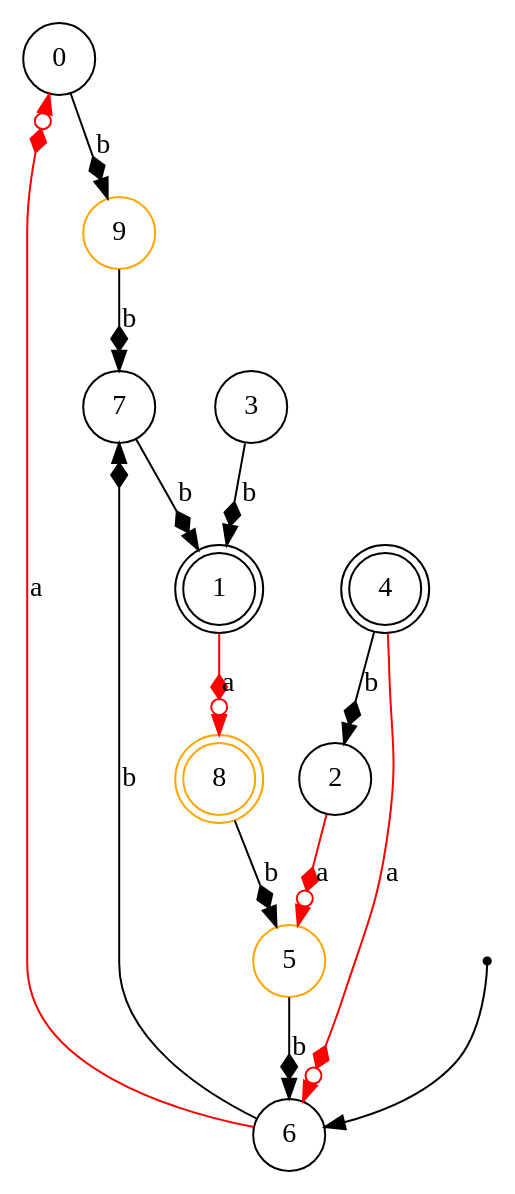
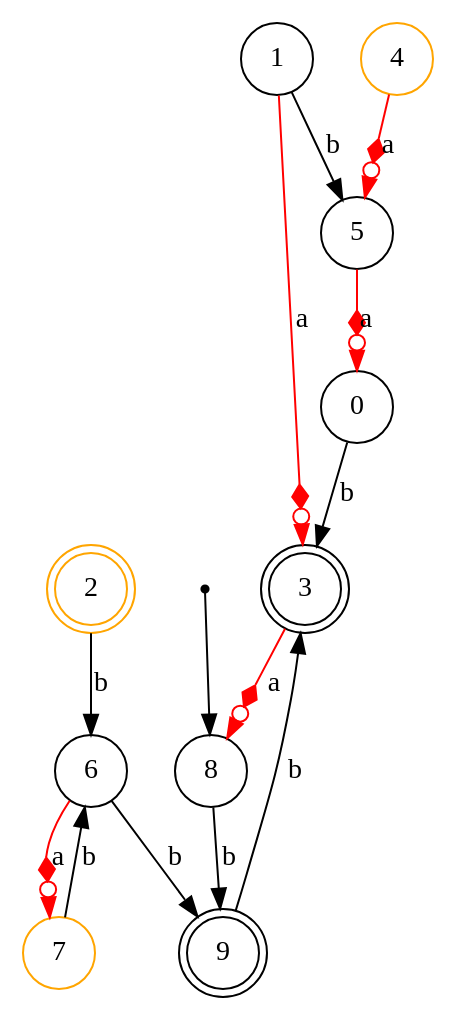
The diagram in dotsource.dot (gzinck/FSMtA), drawn with Graphviz before and after one commit. The commit also changed 197 other files, not shown here.

```diff
--- a/dotsource.dot
+++ b/dotsource.dot
@@ -1,26 +1,26 @@
 digraph G {
 "0"[shape = circle color = "black"];
-"1"[shape = doublecircle color = "black"];
-"2"[shape = circle color = "black"];
-"3"[shape = circle color = "black"];
-"4"[shape = doublecircle color = "black"];
-"5"[shape = circle color = "orange"];
+"1"[shape = circle color = "black"];
+"2"[shape = doublecircle color = "orange"];
+"3"[shape = doublecircle color = "black"];
+"4"[shape = circle color = "orange"];
+"5"[shape = circle color = "black"];
 "6"[shape = circle color = "black"];
-"___NEVER_USE_THIS_NAME___6"[fontSize = 1 shape = point]; 
-{"___NEVER_USE_THIS_NAME___6"}->{"6"}; 
-"7"[shape = circle color = "black"];
-"8"[shape = doublecircle color = "orange"];
-"9"[shape = circle color = "orange"];
-"2"->{"5"} [label = "a" color = "red" arrowhead = "normalodotdiamond" ]; 
-"9"->{"7"} [label = "b" color = "black" arrowhead = "normaldiamond" ]; 
-"7"->{"1"} [label = "b" color = "black" arrowhead = "normaldiamond" ]; 
-"8"->{"5"} [label = "b" color = "black" arrowhead = "normaldiamond" ]; 
-"5"->{"6"} [label = "b" color = "black" arrowhead = "normaldiamond" ]; 
-"3"->{"1"} [label = "b" color = "black" arrowhead = "normaldiamond" ]; 
-"1"->{"8"} [label = "a" color = "red" arrowhead = "normalodotdiamond" ]; 
-"6"->{"0"} [label = "a" color = "red" arrowhead = "normalodotdiamond" ]; 
-"6"->{"7"} [label = "b" color = "black" arrowhead = "normaldiamond" ]; 
-"4"->{"6"} [label = "a" color = "red" arrowhead = "normalodotdiamond" ]; 
-"4"->{"2"} [label = "b" color = "black" arrowhead = "normaldiamond" ]; 
-"0"->{"9"} [label = "b" color = "black" arrowhead = "normaldiamond" ]; 
+"7"[shape = circle color = "orange"];
+"8"[shape = circle color = "black"];
+"___NEVER_USE_THIS_NAME___8"[fontSize = 1 shape = point]; 
+{"___NEVER_USE_THIS_NAME___8"}->{"8"}; 
+"9"[shape = doublecircle color = "black"];
+"8"->{"9"} [label = "b" color = "black" arrowhead = "normal" ]; 
+"3"->{"8"} [label = "a" color = "red" arrowhead = "normalodotdiamond" ]; 
+"1"->{"3"} [label = "a" color = "red" arrowhead = "normalodotdiamond" ]; 
+"1"->{"5"} [label = "b" color = "black" arrowhead = "normal" ]; 
+"7"->{"6"} [label = "b" color = "black" arrowhead = "normal" ]; 
+"5"->{"0"} [label = "a" color = "red" arrowhead = "normalodotdiamond" ]; 
+"0"->{"3"} [label = "b" color = "black" arrowhead = "normal" ]; 
+"2"->{"6"} [label = "b" color = "black" arrowhead = "normal" ]; 
+"6"->{"7"} [label = "a" color = "red" arrowhead = "normalodotdiamond" ]; 
+"6"->{"9"} [label = "b" color = "black" arrowhead = "normal" ]; 
+"9"->{"3"} [label = "b" color = "black" arrowhead = "normal" ]; 
+"4"->{"5"} [label = "a" color = "red" arrowhead = "normalodotdiamond" ]; 
 }
```
